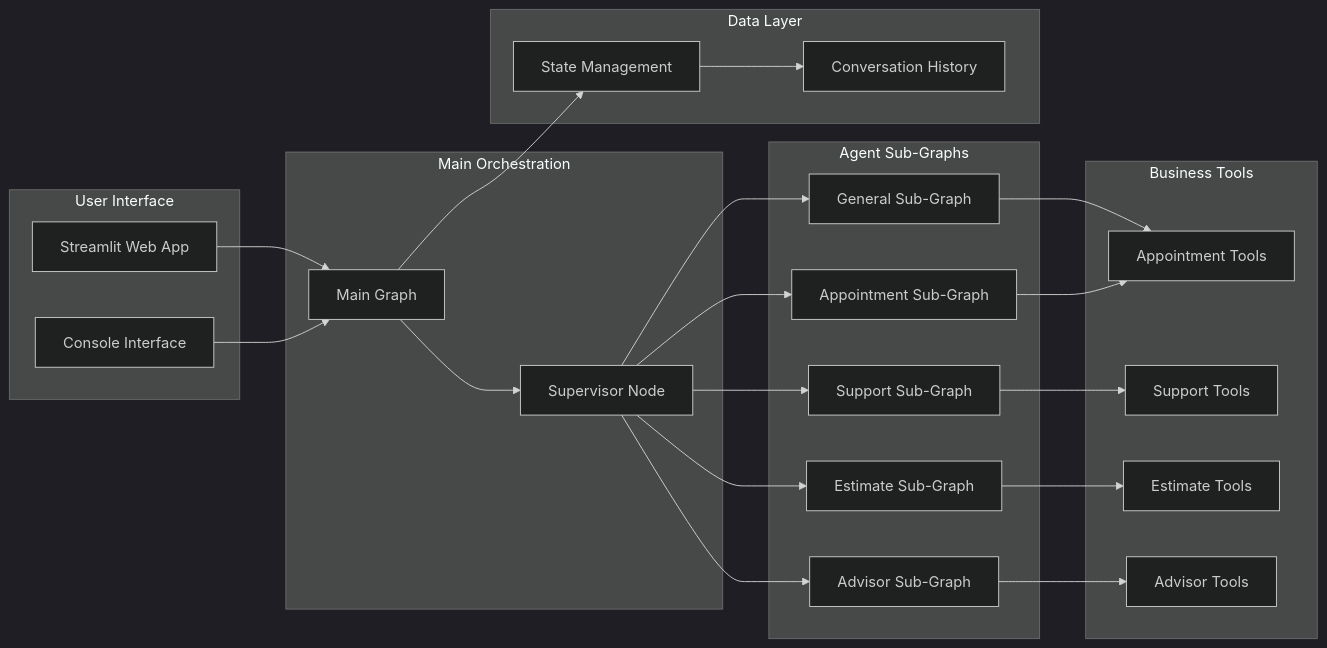
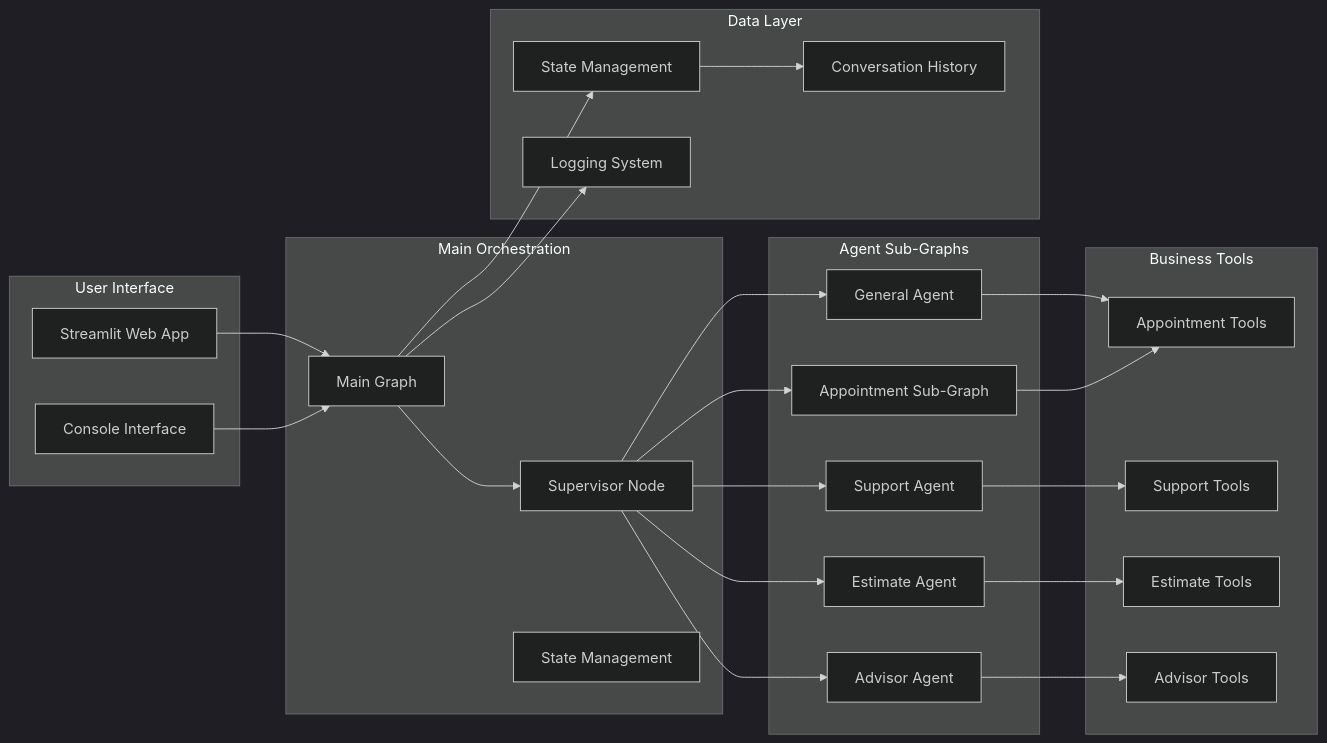
One commit to pathak-vikash/multiagent-with-command changed the second of 2 diagrams in README.md. Above: the diagram before and after it, drawn with Mermaid (dark theme). The commit also changed other lines of this file and 38 other files, not shown here.

````diff
--- a/README.md
+++ b/README.md
@@ -78,50 +75,53 @@
 ```mermaid
 graph LR
     subgraph "User Interface"
         A[Streamlit Web App]
         B[Console Interface]
     end
     
     subgraph "Main Orchestration"
         C[Main Graph]
         D[Supervisor Node]
+        E[State Management]
     end
     
     subgraph "Agent Sub-Graphs"
-        E[General Sub-Graph]
-        F[Appointment Sub-Graph]
-        G[Support Sub-Graph]
-        H[Estimate Sub-Graph]
-        I[Advisor Sub-Graph]
+        F[General Agent]
+        G[Appointment Sub-Graph]
+        H[Support Agent]
+        I[Estimate Agent]
+        J[Advisor Agent]
     end
     
     subgraph "Business Tools"
-        J[Appointment Tools]
-        K[Support Tools]
-        L[Estimate Tools]
-        M[Advisor Tools]
+        K[Appointment Tools]
+        L[Support Tools]
+        M[Estimate Tools]
+        N[Advisor Tools]
     end
     
     subgraph "Data Layer"
-        N[State Management]
-        O[Conversation History]
+        O[State Management]
+        P[Conversation History]
+        Q[Logging System]
     end
     
     A --> C
     B --> C
     C --> D
-    D --> E
     D --> F
     D --> G
     D --> H
     D --> I
+    D --> J
     
-    E --> J
-    F --> J
+    F --> K
     G --> K
     H --> L
     I --> M
+    J --> N
     
-    C --> N
-    N --> O
+    C --> O
+    O --> P
+    C --> Q
 ```
````
